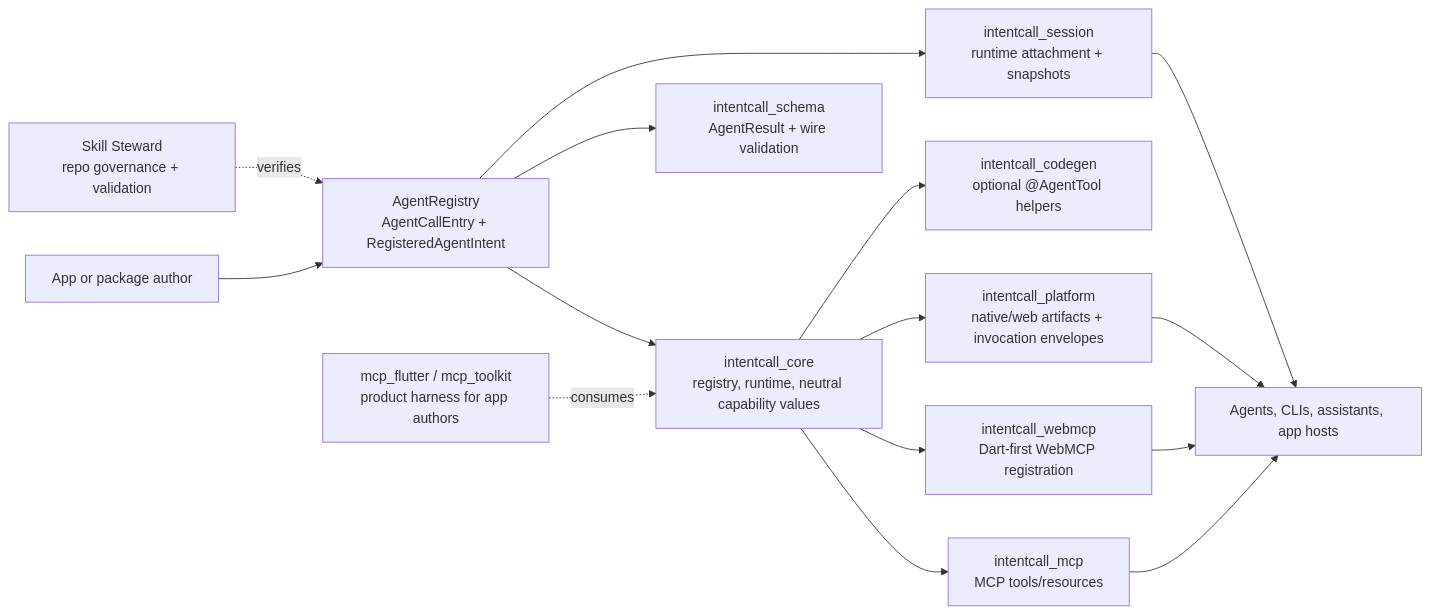
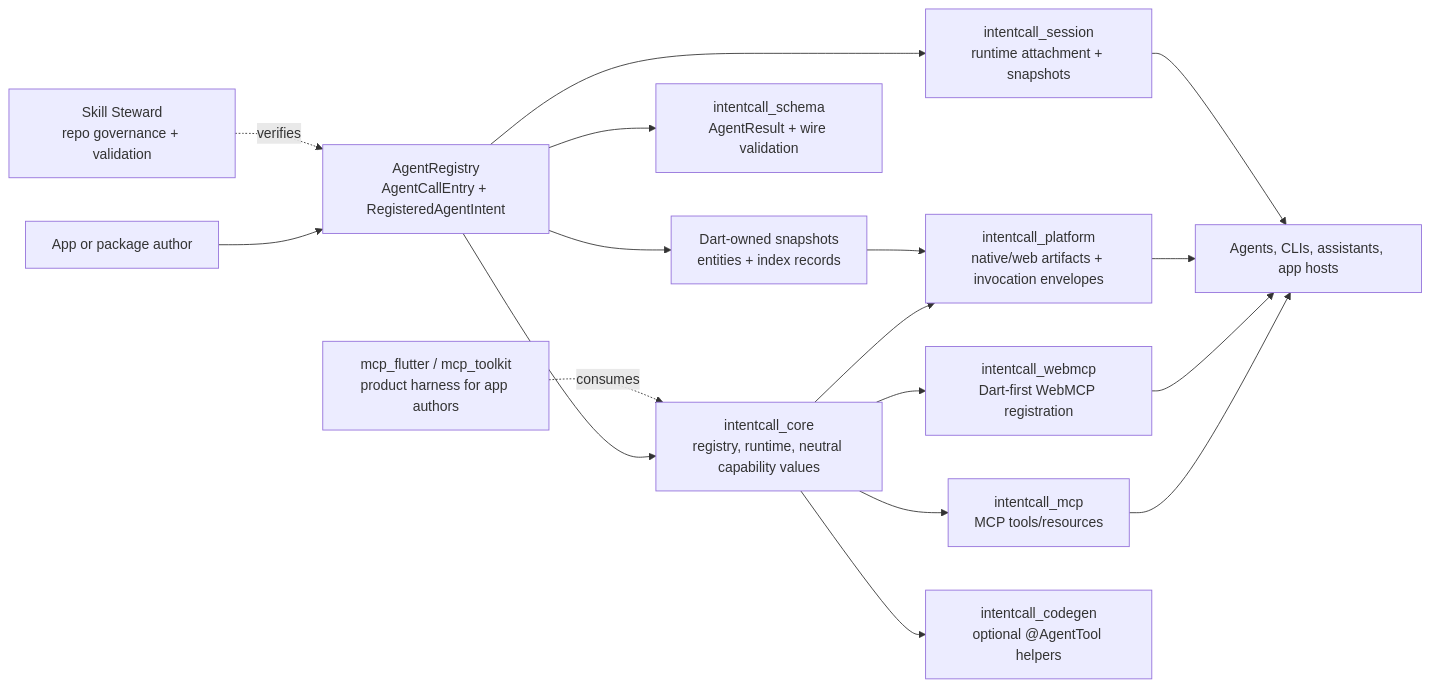
Before and after one commit to Arenukvern/intentcall: the first of 2 diagrams in docs/start_here/how_it_works.mdx, drawn with Mermaid. The commit also changed other lines of this file and 59 other files, not shown here.

````diff
--- a/docs/start_here/how_it_works.mdx
+++ b/docs/start_here/how_it_works.mdx
@@ -7,17 +7,19 @@
 ```mermaid
 flowchart LR
   author["App or package author"] --> registry["AgentRegistry\nAgentCallEntry + RegisteredAgentIntent"]
   registry --> core["intentcall_core\nregistry, runtime, neutral capability values"]
   registry --> schema["intentcall_schema\nAgentResult + wire validation"]
   registry --> session["intentcall_session\nruntime attachment + snapshots"]
+  registry --> entitySnapshot["Dart-owned snapshots\nentities + index records"]
   core --> mcp["intentcall_mcp\nMCP tools/resources"]
   core --> webmcp["intentcall_webmcp\nDart-first WebMCP registration"]
   core --> platform["intentcall_platform\nnative/web artifacts + invocation envelopes"]
   core --> codegen["intentcall_codegen\noptional @AgentTool helpers"]
+  entitySnapshot --> platform
   mcp --> callers["Agents, CLIs, assistants, app hosts"]
   webmcp --> callers
   platform --> callers
   session --> callers
   toolkit["mcp_flutter / mcp_toolkit\nproduct harness for app authors"] -. consumes .-> core
   steward["Skill Steward\nrepo governance + validation"] -. verifies .-> registry
 ```
````
